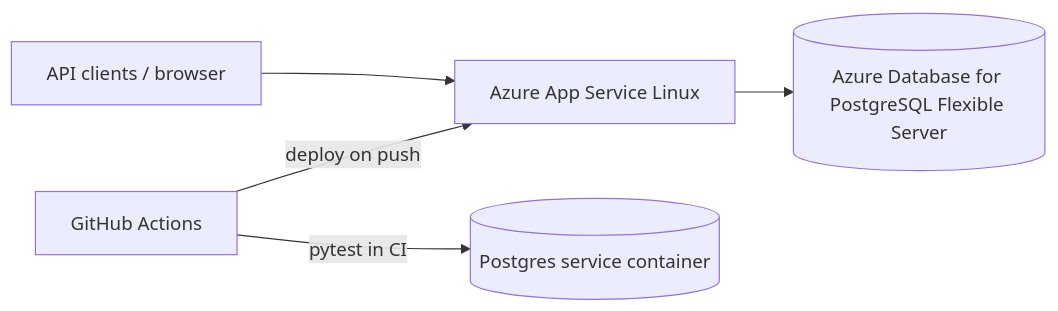
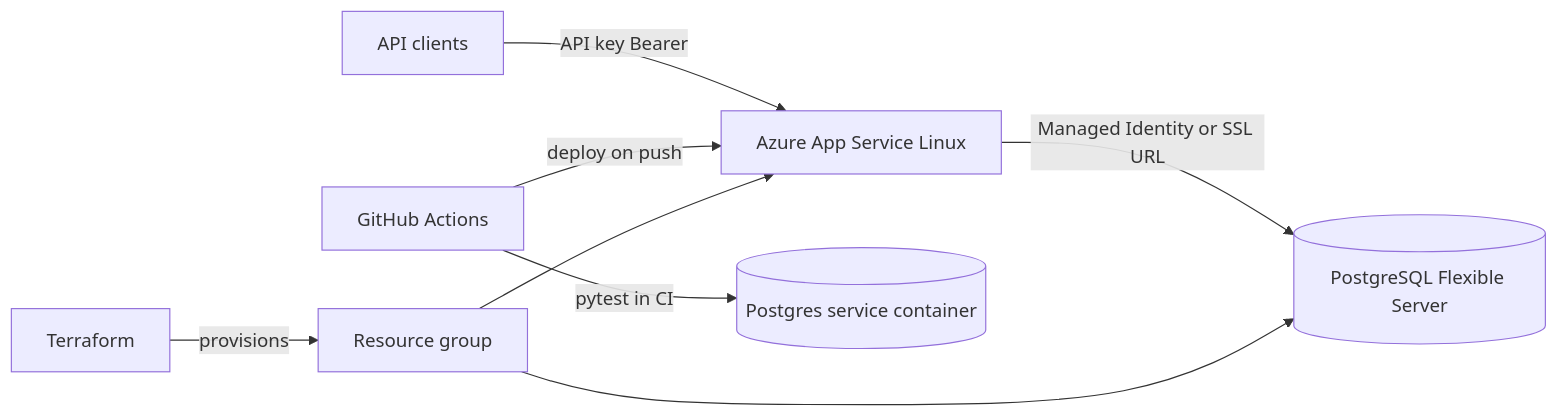
Before and after one commit to BrotherofOracleMan/CosmicMissions: the eighth of 8 diagrams in docs/upgrade-roadmap.md, drawn with Mermaid. The commit also changed other lines of this file and 5 other files, not shown here.

````diff
--- a/docs/upgrade-roadmap.md
+++ b/docs/upgrade-roadmap.md
@@ -693,7 +616,10 @@
 ```mermaid
 flowchart LR
-    client[API clients / browser] --> app[Azure App Service Linux]
-    app --> pg[(Azure Database for PostgreSQL Flexible Server)]
+    client[API clients] -->|API key Bearer| app[Azure App Service Linux]
+    app -->|Managed Identity or SSL URL| pg[(PostgreSQL Flexible Server)]
     gh[GitHub Actions] -->|deploy on push| app
     gh -->|pytest in CI| testPg[(Postgres service container)]
+    tf[Terraform] -->|provisions| rg[Resource group]
+    rg --> app
+    rg --> pg
 ```
````
